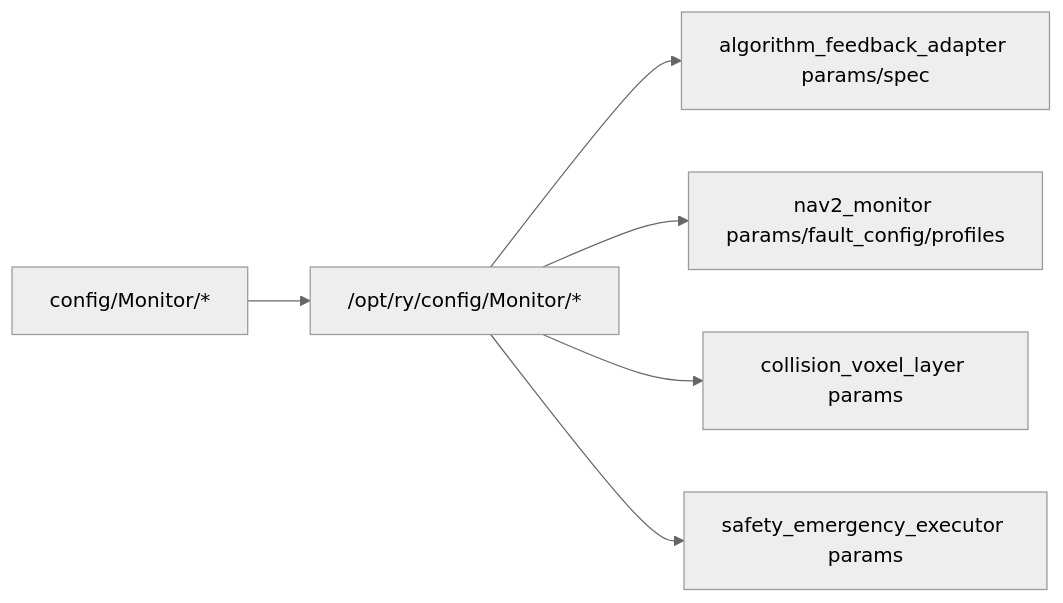
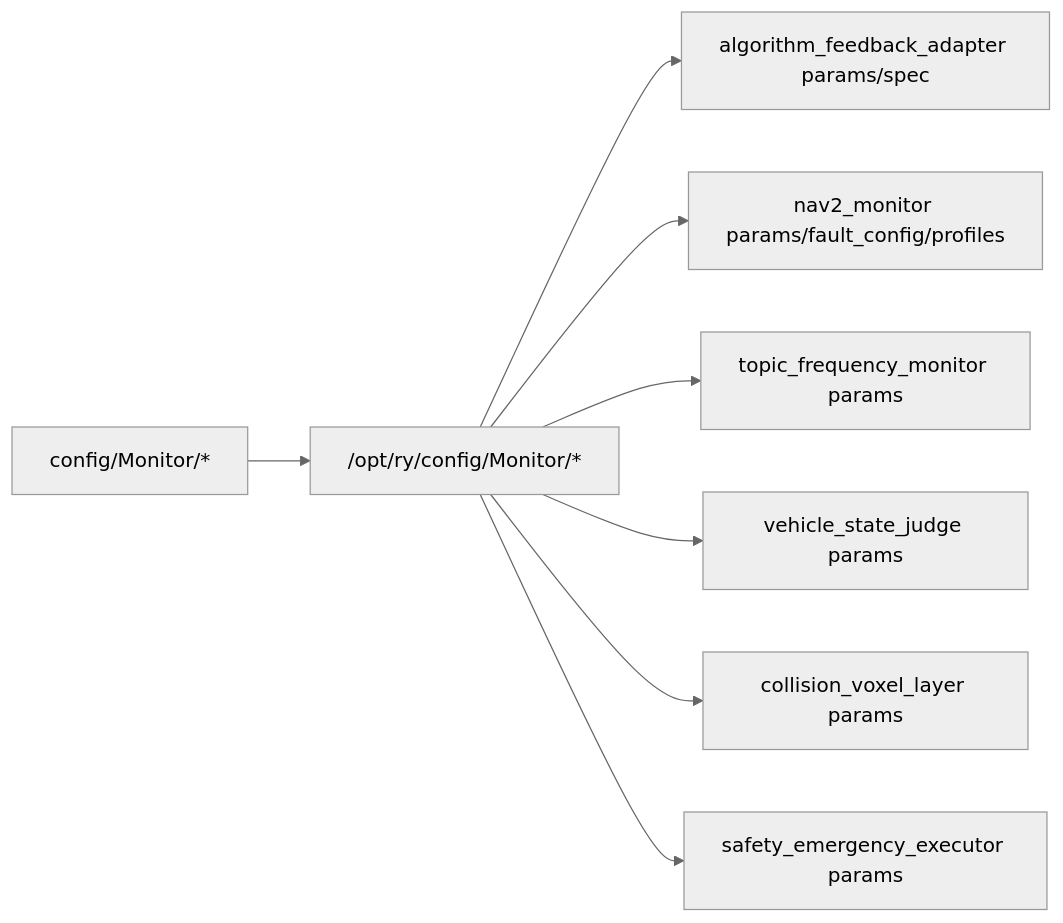
Before and after one commit to forever-wp/monitor_system: the seventh of 7 diagrams in docs/project_architecture.md, drawn with Mermaid (neutral theme). The commit also changed other lines of this file and 81 other files, not shown here.

````diff
--- a/docs/project_architecture.md
+++ b/docs/project_architecture.md
@@ -206,8 +212,10 @@
 ```mermaid
 flowchart LR
   Repo["config/Monitor/*"] --> Deploy["/opt/ry/config/Monitor/*"]
   Deploy --> AFA["algorithm_feedback_adapter params/spec"]
   Deploy --> Monitor["nav2_monitor params/fault_config/profiles"]
+  Deploy --> TopicFreq["topic_frequency_monitor params"]
+  Deploy --> VehicleJudge["vehicle_state_judge params"]
   Deploy --> Voxel["collision_voxel_layer params"]
   Deploy --> Safety["safety_emergency_executor params"]
 ```
````
